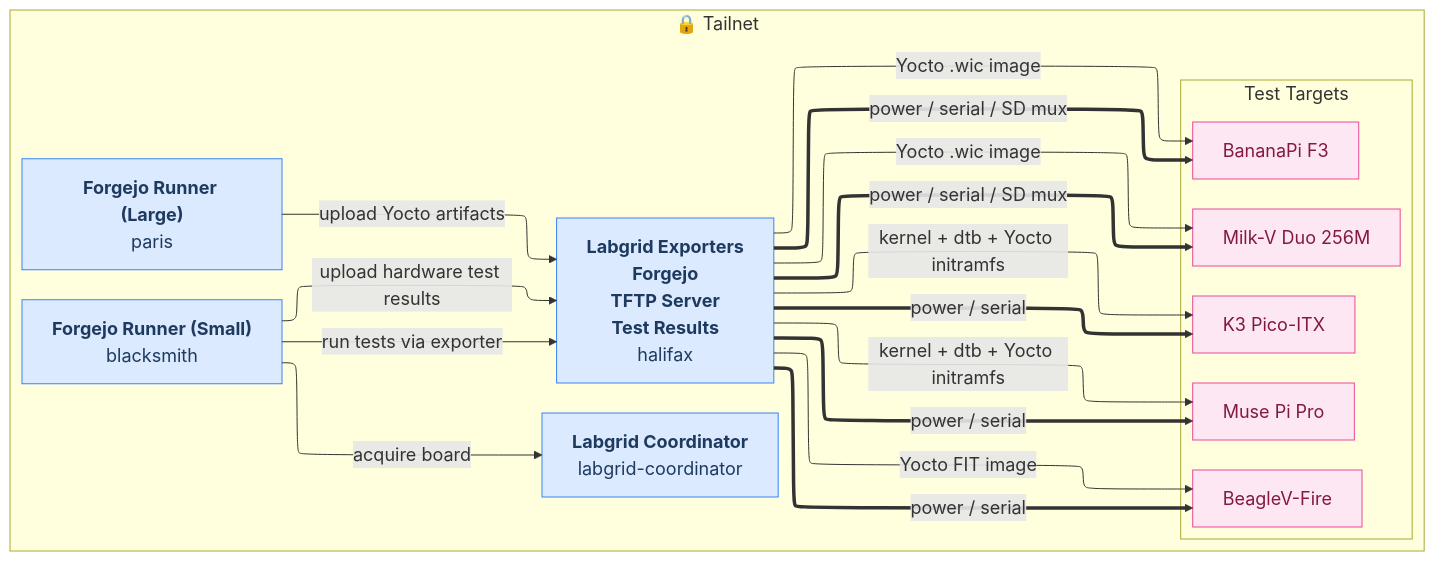
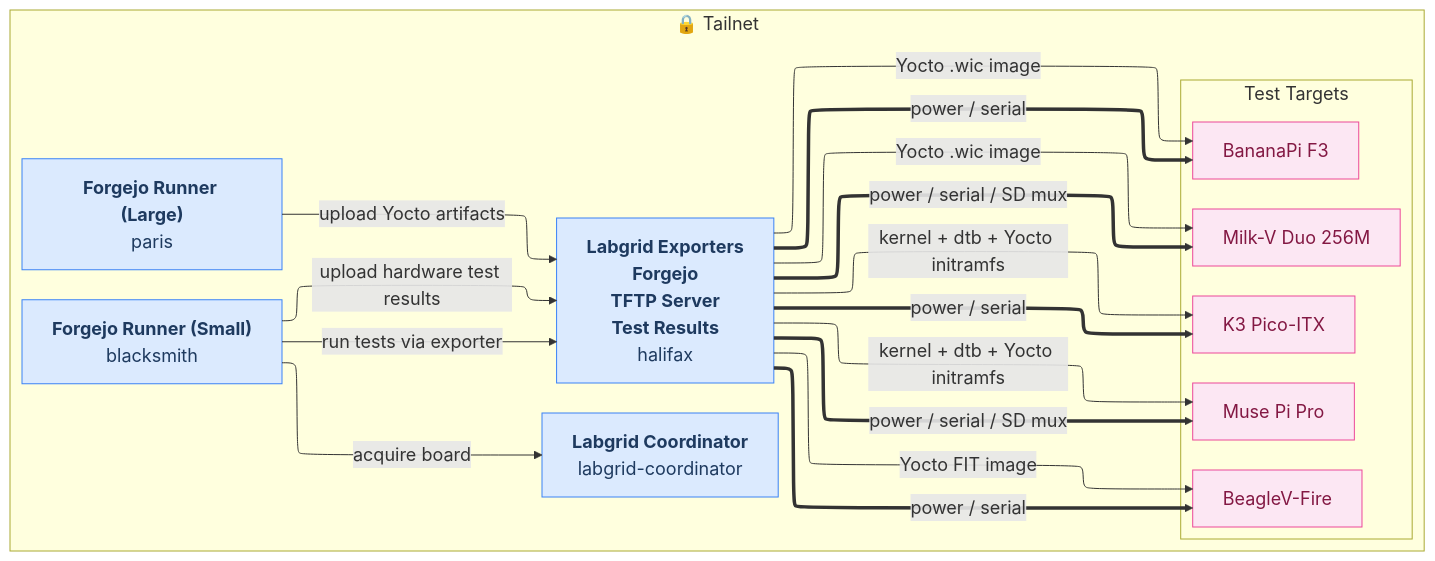
Before and after one commit to threexc/boardgarden: the diagram in docs/network.mmd, drawn with Mermaid. The commit also changed 3 other files, not shown here.

Commit message:
docs: update bom, network diagram

```diff
--- a/docs/network.mmd
+++ b/docs/network.mmd
@@ -1,40 +1,40 @@
 %%{init: {"theme": "default", "flowchart": {"htmlLabels": true, "nodeSpacing": 30, "rankSpacing": 60, "defaultRenderer": "elk"}, "themeVariables": {"fontSize": "18px", "fontFamily": "Liberation Sans"}} }%%
 flowchart LR
   subgraph tailnet["🔒 Tailnet"]
     halifax["<b>Labgrid Exporters</b><br/><b>Forgejo</b><br/><b>TFTP Server</b><br/><b>Test Results</b><br/>halifax"]
     coordinator["<b>Labgrid Coordinator</b><br/>labgrid-coordinator"]
     runner1["<b>Forgejo Runner (Large)</b><br/>paris"]
     runner2["<b>Forgejo Runner (Small)</b><br/>blacksmith"]
     subgraph boards["Test Targets"]
       direction TB
       board_1["BananaPi F3"]
       board_2["Muse Pi Pro"]
       board_3["Milk-V Duo 256M"]
       board_4["K3 Pico-ITX"]
       board_5["BeagleV-Fire"]
     end
   end
 
   %% ── Hosted-on relationships ──
 
   %% ── Links ──
-  halifax ==>|"power / serial / SD mux"| board_1
-  halifax ==>|"power / serial"| board_2
+  halifax ==>|"power / serial"| board_1
+  halifax ==>|"power / serial / SD mux"| board_2
   halifax ==>|"power / serial / SD mux"| board_3
   halifax ==>|"power / serial"| board_4
   halifax ==>|"power / serial"| board_5
   runner1 -->|"upload Yocto artifacts"| halifax
   runner2 -->|"acquire board"| coordinator
   runner2 -->|"run tests via exporter"| halifax
   runner2 -->|"upload hardware test results"| halifax
   halifax -->|"Yocto .wic image"| board_1
   halifax -->|"kernel + dtb + Yocto initramfs"| board_2
   halifax -->|"Yocto .wic image"| board_3
   halifax -->|"kernel + dtb + Yocto initramfs"| board_4
   halifax -->|"Yocto FIT image"| board_5
 
   %% ── Styles ──
   classDef machine fill:#dbeafe,stroke:#3b82f6,color:#1e3a5f
   class halifax,coordinator,runner1,runner2 machine
   classDef board fill:#fce7f3,stroke:#ec4899,color:#831843
   class board_1,board_2,board_3,board_4,board_5 board
```
